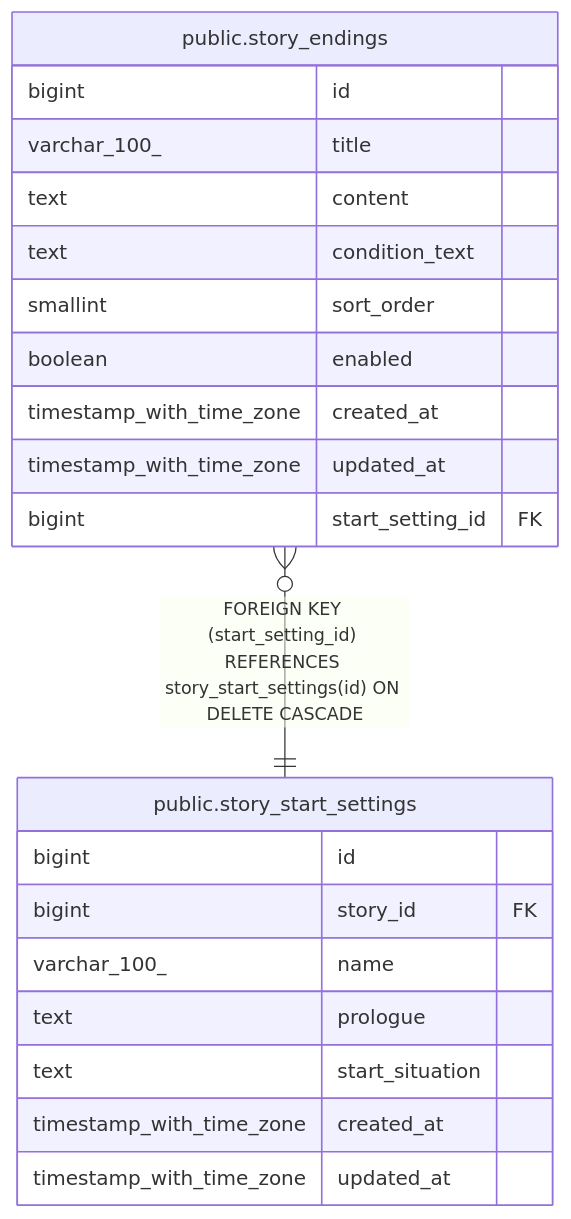
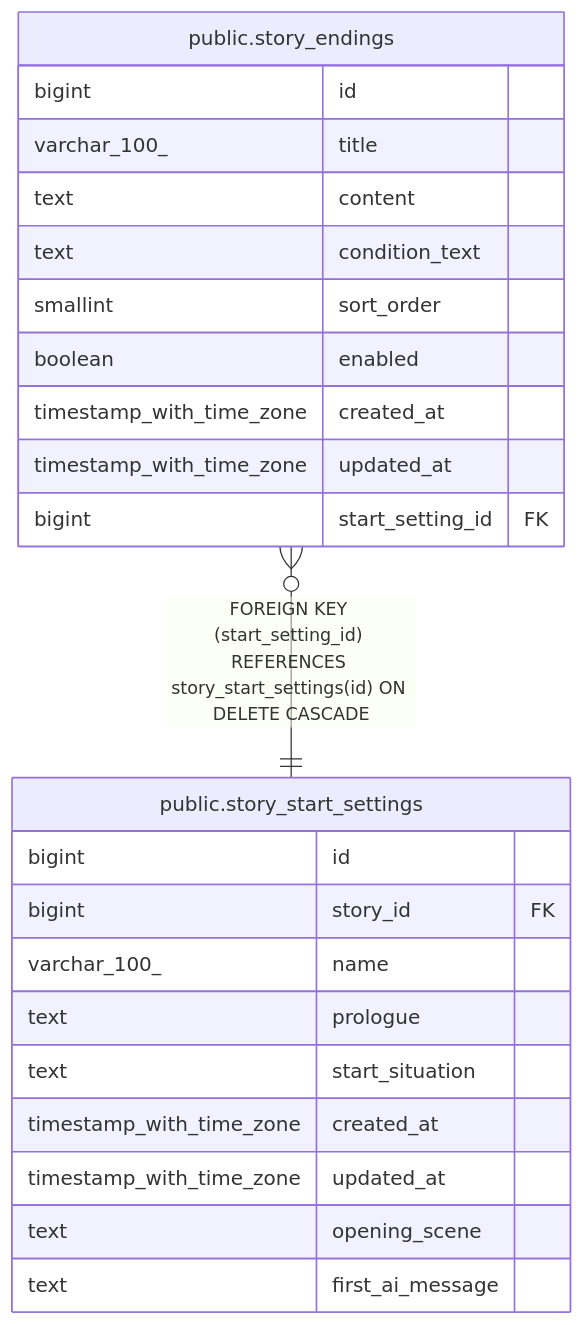
One commit to KIM-N-KANG/manyak-server changed the diagram in dbdoc/public.story_endings.md. Above: the diagram before and after it, drawn with Mermaid. The commit also changed 15 other files, not shown here.

````diff
--- a/dbdoc/public.story_endings.md
+++ b/dbdoc/public.story_endings.md
@@ -36,26 +36,28 @@
 ```mermaid
 erDiagram
 
 "public.story_endings" }o--|| "public.story_start_settings" : "FOREIGN KEY (start_setting_id) REFERENCES story_start_settings(id) ON DELETE CASCADE"
 
 "public.story_endings" {
   bigint id
   varchar_100_ title
   text content
   text condition_text
   smallint sort_order
   boolean enabled
   timestamp_with_time_zone created_at
   timestamp_with_time_zone updated_at
   bigint start_setting_id FK
 }
 "public.story_start_settings" {
   bigint id
   bigint story_id FK
   varchar_100_ name
   text prologue
   text start_situation
   timestamp_with_time_zone created_at
   timestamp_with_time_zone updated_at
+  text opening_scene
+  text first_ai_message
 }
 ```
````
